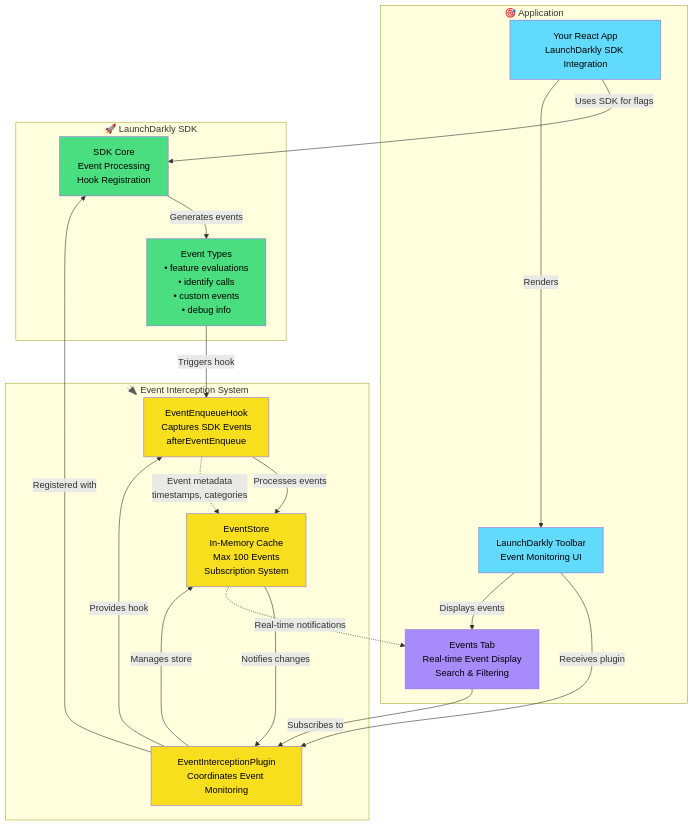
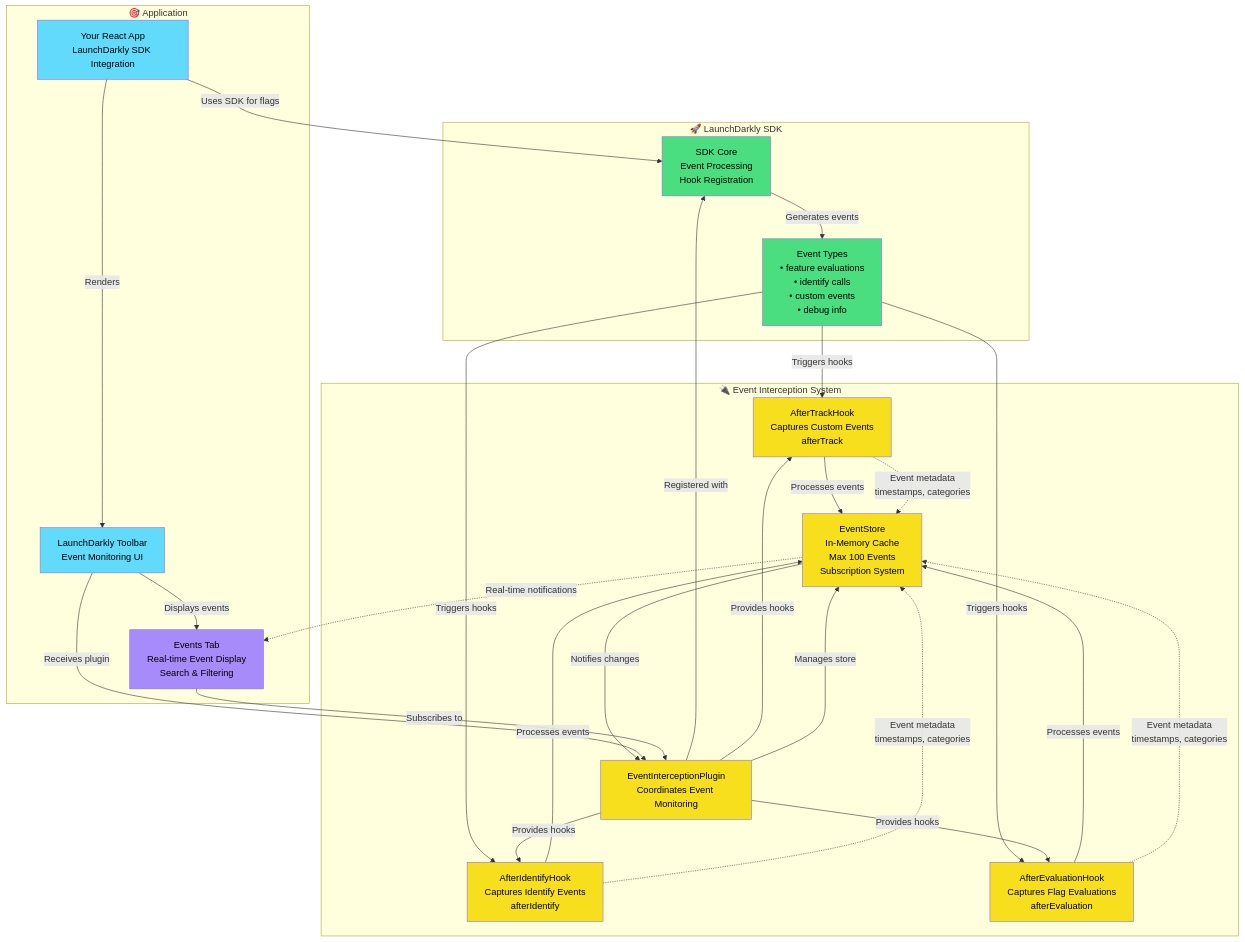
Before and after one commit to launchdarkly/launchdarkly-toolbar: the diagram in docs/event-interception-architecture.mermaid, drawn with Mermaid. The commit also changed 6 other files, not shown here.

Commit message:
refactor: update hooks to utilise updated types from js-sdk-common

```diff
--- a/docs/event-interception-architecture.mermaid
+++ b/docs/event-interception-architecture.mermaid
@@ -1,53 +1,63 @@
 graph TB
     %% Application Layer
     subgraph "🎯 Application"
         App[Your React App<br/>LaunchDarkly SDK Integration]
         Toolbar[LaunchDarkly Toolbar<br/>Event Monitoring UI]
         EventsTab[Events Tab<br/>Real-time Event Display<br/>Search & Filtering]
     end
 
     %% Plugin & Hook System
     subgraph "🔌 Event Interception System"
         Plugin[EventInterceptionPlugin<br/>Coordinates Event Monitoring]
-        Hook[EventEnqueueHook<br/>Captures SDK Events<br/>afterEventEnqueue]
+        TrackHook[AfterTrackHook<br/>Captures Custom Events<br/>afterTrack]
+        IdentifyHook[AfterIdentifyHook<br/>Captures Identify Events<br/>afterIdentify]
+        EvalHook[AfterEvaluationHook<br/>Captures Flag Evaluations<br/>afterEvaluation]
         Store[EventStore<br/>In-Memory Cache<br/>Max 100 Events<br/>Subscription System]
     end
 
     %% LaunchDarkly SDK
     subgraph "🚀 LaunchDarkly SDK"
         SDK[SDK Core<br/>Event Processing<br/>Hook Registration]
         Events[Event Types<br/>• feature evaluations<br/>• identify calls<br/>• custom events<br/>• debug info]
     end
 
     %% Main Flow
     App -->|"Uses SDK for flags"| SDK
     SDK -->|"Generates events"| Events
-    Events -->|"Triggers hook"| Hook
-    Hook -->|"Processes events"| Store
+    Events -->|"Triggers hooks"| TrackHook
+    Events -->|"Triggers hooks"| IdentifyHook
+    Events -->|"Triggers hooks"| EvalHook
+    TrackHook -->|"Processes events"| Store
+    IdentifyHook -->|"Processes events"| Store
+    EvalHook -->|"Processes events"| Store
     Store -->|"Notifies changes"| Plugin
 
     %% Plugin Integration
     Plugin -->|"Registered with"| SDK
-    Plugin -->|"Provides hook"| Hook
+    Plugin -->|"Provides hooks"| TrackHook
+    Plugin -->|"Provides hooks"| IdentifyHook
+    Plugin -->|"Provides hooks"| EvalHook
     Plugin -->|"Manages store"| Store
 
     %% UI Integration
     App -->|"Renders"| Toolbar
     Toolbar -->|"Receives plugin"| Plugin
     Toolbar -->|"Displays events"| EventsTab
     EventsTab -->|"Subscribes to"| Plugin
 
     %% Real-time Updates
     Store -.->|"Real-time notifications"| EventsTab
-    Hook -.->|"Event metadata<br/>timestamps, categories"| Store
+    TrackHook -.->|"Event metadata<br/>timestamps, categories"| Store
+    IdentifyHook -.->|"Event metadata<br/>timestamps, categories"| Store
+    EvalHook -.->|"Event metadata<br/>timestamps, categories"| Store
 
     %% Styling
     classDef app fill:#61dafb,color:black
     classDef system fill:#f7df1e,color:black
     classDef sdk fill:#4ade80,color:black
     classDef ui fill:#a78bfa,color:black
 
     class App,Toolbar app
-    class Plugin,Hook,Store system
+    class Plugin,TrackHook,IdentifyHook,EvalHook,Store system
     class SDK,Events sdk
     class EventsTab ui
```
